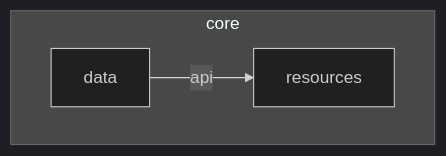
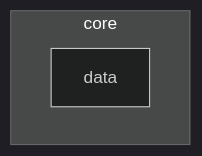
One commit to Dussim/cv-app changed the diagram in core/data/README.md. Above: the diagram before and after it, drawn with Mermaid. The commit also changed 10 other files, not shown here.

````diff
--- a/core/data/README.md
+++ b/core/data/README.md
@@ -3,15 +3,13 @@
 ```mermaid
 %%{
   init: {
     'theme': 'dark'
   }
 }%%
 
 graph TB
   subgraph core
     data
-    resources
   end
-  data -- api --> resources
 
 ```
````
